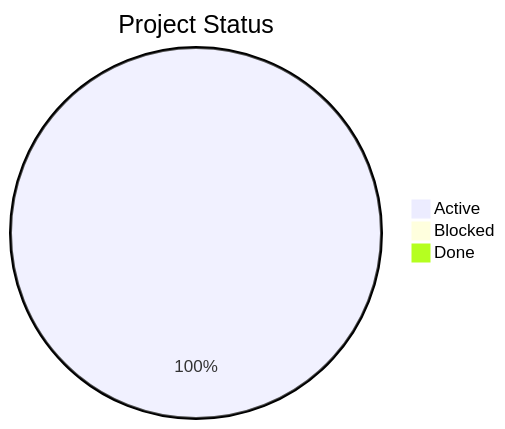
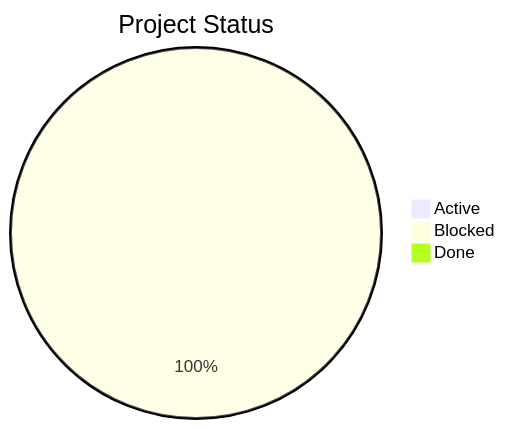
The first of 2 diagrams in workspace/dashboard.md (phanductaivt/2B-Agents), drawn with Mermaid before and after one commit. The commit also changed other lines of this file and 102 other files, not shown here.

````diff
--- a/workspace/dashboard.md
+++ b/workspace/dashboard.md
@@ -18,6 +18,6 @@
 ```mermaid
 pie title Project Status
-    "Active" : 2
-    "Blocked" : 0
+    "Active" : 0
+    "Blocked" : 2
     "Done" : 0
 ```
````
